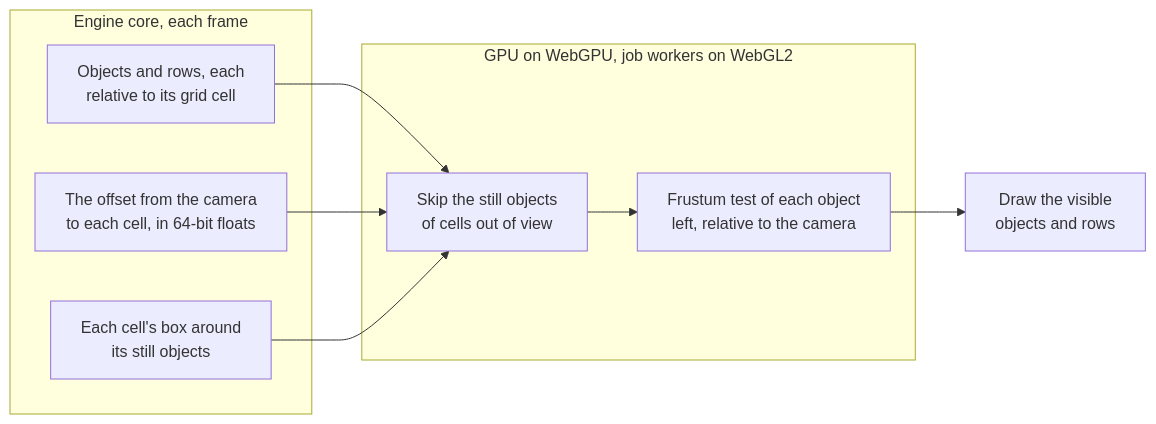
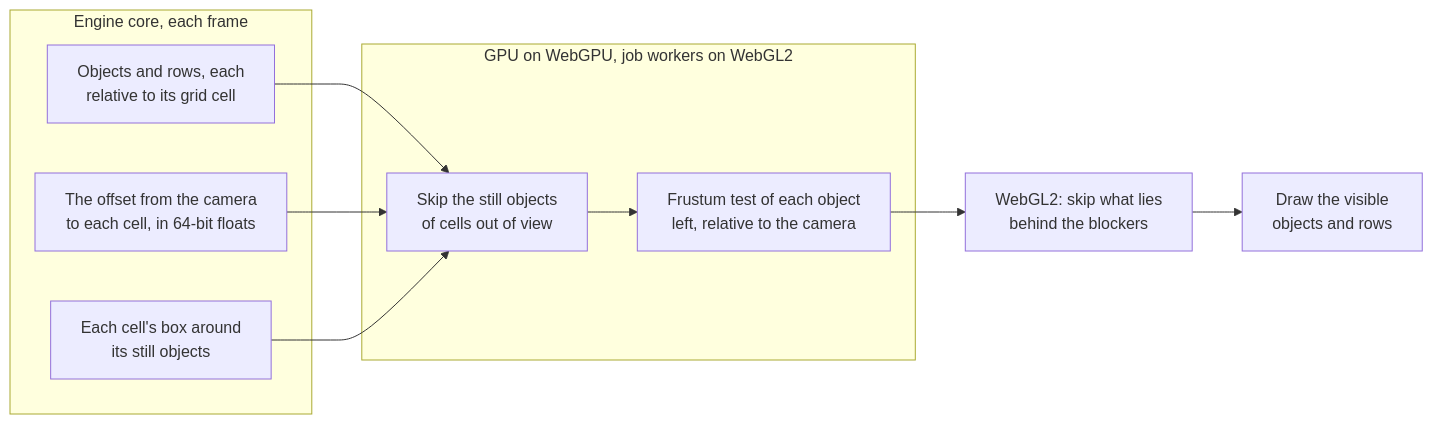
Before and after one commit to null3d-engine/null3d: the diagram in docs/concepts/culling.md, drawn with Mermaid. The commit also changed other lines of this file and 62 other files, not shown here.

First line of the commit message:
feat(engine): hide objects behind blockers on WebGL2 with software occlusion culling

````diff
--- a/docs/concepts/culling.md
+++ b/docs/concepts/culling.md
@@ -13,17 +13,18 @@
 ```mermaid
 flowchart LR
     subgraph core["Engine core, each frame"]
         cells["Objects and rows, each<br/>relative to its grid cell"]
         offsets["The offset from the camera<br/>to each cell, in 64-bit floats"]
         boxes["Each cell's box around<br/>its still objects"]
     end
     subgraph test["GPU on WebGPU, job workers on WebGL2"]
         skip["Skip the still objects<br/>of cells out of view"]
         cull["Frustum test of each object<br/>left, relative to the camera"]
     end
     cells --> skip
     offsets --> skip
     boxes --> skip
     skip --> cull
-    cull --> draw["Draw the visible<br/>objects and rows"]
+    cull --> occlude["WebGL2: skip what lies<br/>behind the blockers"]
+    occlude --> draw["Draw the visible<br/>objects and rows"]
 ```
````
